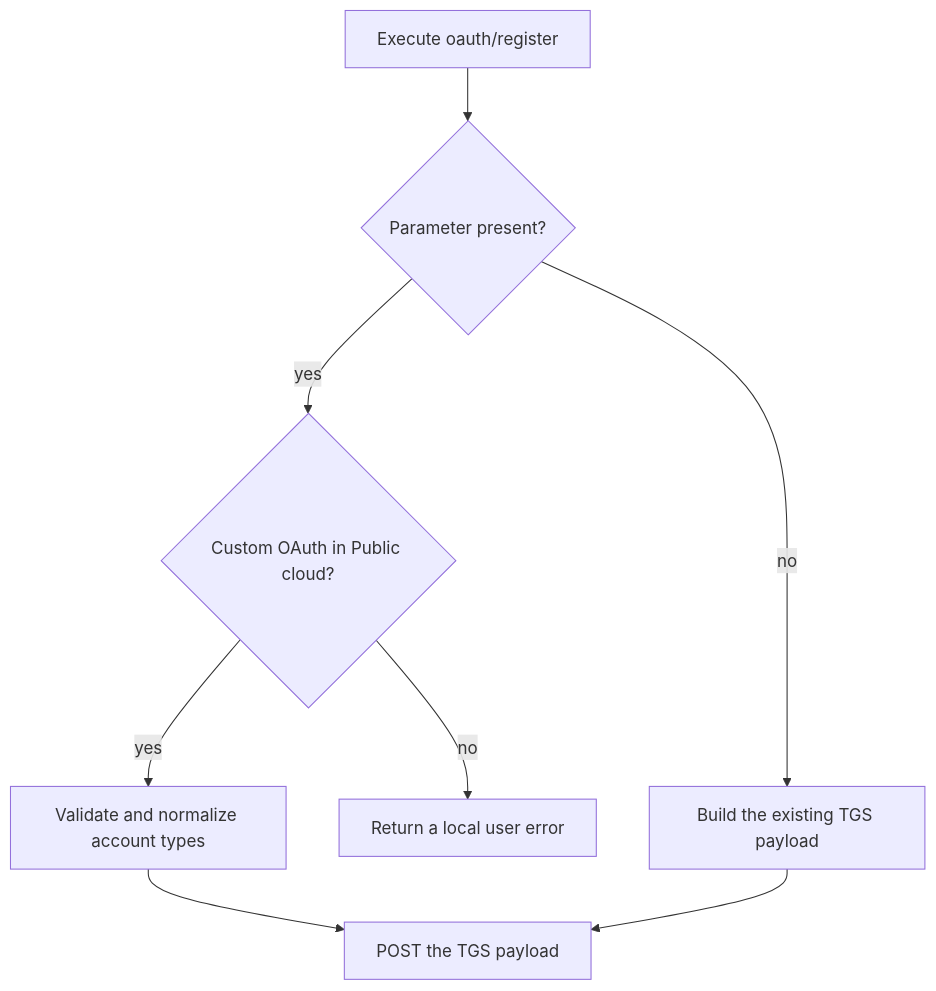
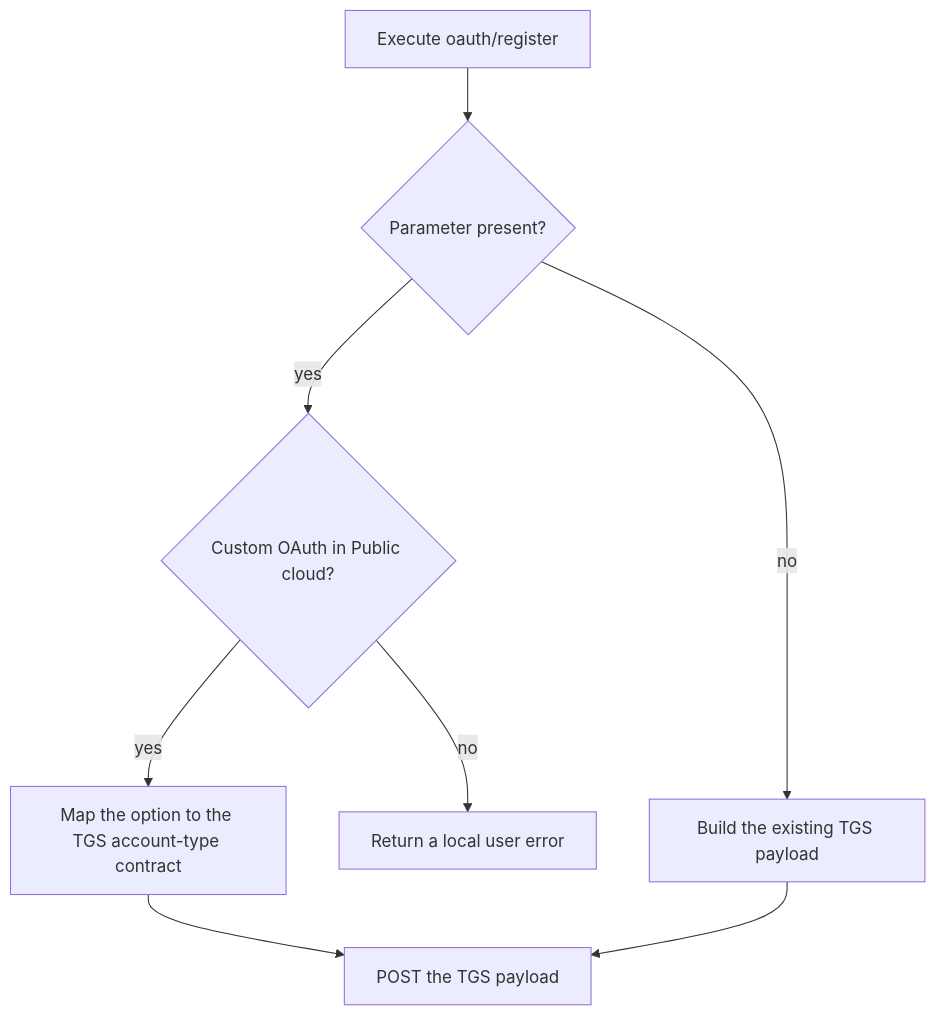
Before and after one commit to OfficeDev/microsoft-365-agents-toolkit: the diagram in docs/03-specs/operations/auth/register-oauth.md, drawn with Mermaid. The commit also changed other lines of this file and 18 other files, not shown here.

````diff
--- a/docs/03-specs/operations/auth/register-oauth.md
+++ b/docs/03-specs/operations/auth/register-oauth.md
@@ -23,10 +21,10 @@
 ```mermaid
 flowchart TD
   Start[Execute oauth/register] --> Present{Parameter present?}
   Present -- no --> Existing[Build the existing TGS payload]
   Present -- yes --> Eligible{Custom OAuth in Public cloud?}
   Eligible -- no --> Reject[Return a local user error]
-  Eligible -- yes --> Normalize[Validate and normalize account types]
-  Normalize --> Post[POST the TGS payload]
+  Eligible -- yes --> Map[Map the option to the TGS account-type contract]
+  Map --> Post[POST the TGS payload]
   Existing --> Post
 ```
````
